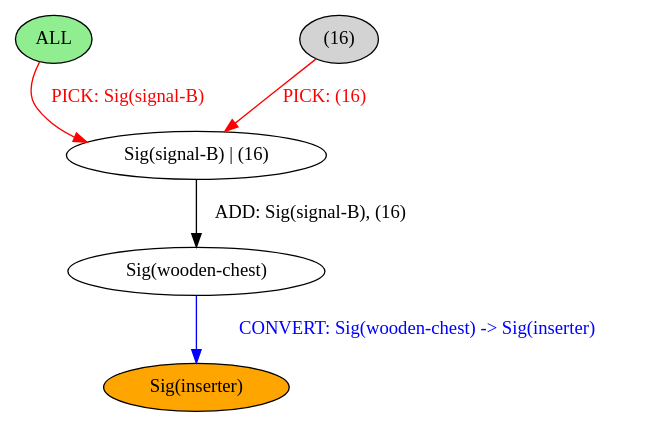
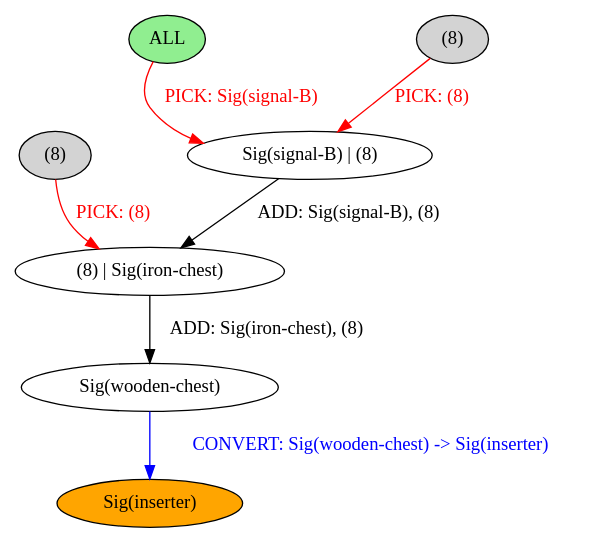
One commit to BalderHolst/chef changed the diagram in chef-lang/examples/arithmetic.output.dot. Above: the diagram before and after it, drawn with Graphviz. The commit also changed 2 other files, not shown here.

```diff
--- a/chef-lang/examples/arithmetic.output.dot
+++ b/chef-lang/examples/arithmetic.output.dot
@@ -1,12 +1,16 @@
 strict digraph {
 	nodesep=1
-	5	[style=filled fillcolor=orange label="Sig(inserter)"]
-	4	[style=filled fillcolor=white label="Sig(wooden-chest)"]
+	5	[style=filled fillcolor=lightgray label="(8)"]
+	7	[style=filled fillcolor=white label="Sig(wooden-chest)"]
+	6	[style=filled fillcolor=white label="(8) | Sig(iron-chest)"]
 	0	[style=filled fillcolor=lightgreen label="ALL"]
-	3	[style=filled fillcolor=white label="Sig(signal-B) | (16)"]
-	2	[style=filled fillcolor=lightgray label="(16)"]
-	4 -> 5	[label="CONVERT: Sig(wooden-chest) -> Sig(inserter)" color=blue fontcolor=blue]
+	3	[style=filled fillcolor=white label="Sig(signal-B) | (8)"]
+	2	[style=filled fillcolor=lightgray label="(8)"]
+	8	[style=filled fillcolor=orange label="Sig(inserter)"]
+	5 -> 6	[label="PICK: (8)" color=red fontcolor=red]
+	7 -> 8	[label="CONVERT: Sig(wooden-chest) -> Sig(inserter)" color=blue fontcolor=blue]
+	6 -> 7	[label="ADD: Sig(iron-chest), (8)" color=black fontcolor=black]
 	0 -> 3	[label="PICK: Sig(signal-B)" color=red fontcolor=red]
-	3 -> 4	[label="ADD: Sig(signal-B), (16)" color=black fontcolor=black]
-	2 -> 3	[label="PICK: (16)" color=red fontcolor=red]
+	3 -> 6	[label="ADD: Sig(signal-B), (8)" color=black fontcolor=black]
+	2 -> 3	[label="PICK: (8)" color=red fontcolor=red]
 }
```
